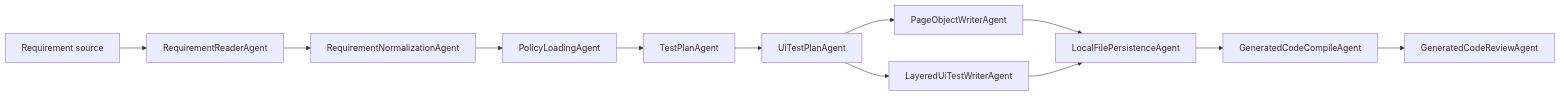
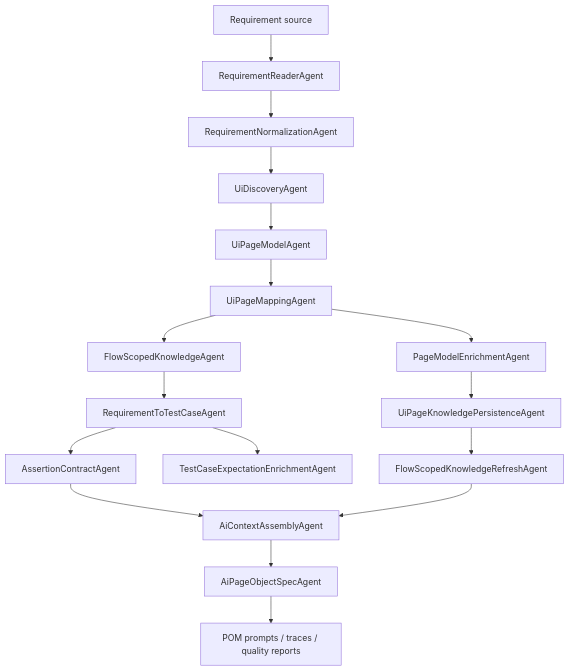
One commit to PKrasytskyi/AQAI changed the first of 2 diagrams in docs/PROJECT_GUIDE.md. Above: the diagram before and after it, drawn with Mermaid. The commit also changed other lines of this file and 209 other files, not shown here.

````diff
--- a/docs/PROJECT_GUIDE.md
+++ b/docs/PROJECT_GUIDE.md
@@ -60,14 +35,19 @@
 ```mermaid
-flowchart LR
+flowchart TD
     A["Requirement source"] --> B["RequirementReaderAgent"]
     B --> C["RequirementNormalizationAgent"]
-    C --> D["PolicyLoadingAgent"]
-    D --> E["TestPlanAgent"]
-    E --> F["UiTestPlanAgent"]
-    F --> G["PageObjectWriterAgent"]
-    F --> H["LayeredUiTestWriterAgent"]
-    G --> I["LocalFilePersistenceAgent"]
-    H --> I
-    I --> J["GeneratedCodeCompileAgent"]
-    J --> K["GeneratedCodeReviewAgent"]
+    C --> D["UiDiscoveryAgent"]
+    D --> E["UiPageModelAgent"]
+    E --> F["UiPageMappingAgent"]
+    F --> G["FlowScopedKnowledgeAgent"]
+    G --> H["RequirementToTestCaseAgent"]
+    H --> I["AssertionContractAgent"]
+    H --> J["TestCaseExpectationEnrichmentAgent"]
+    F --> K["PageModelEnrichmentAgent"]
+    K --> L["UiPageKnowledgePersistenceAgent"]
+    L --> M["FlowScopedKnowledgeRefreshAgent"]
+    I --> N["AiContextAssemblyAgent"]
+    M --> N
+    N --> O["AiPageObjectSpecAgent"]
+    O --> P["POM prompts / traces / quality reports"]
 ```
````
